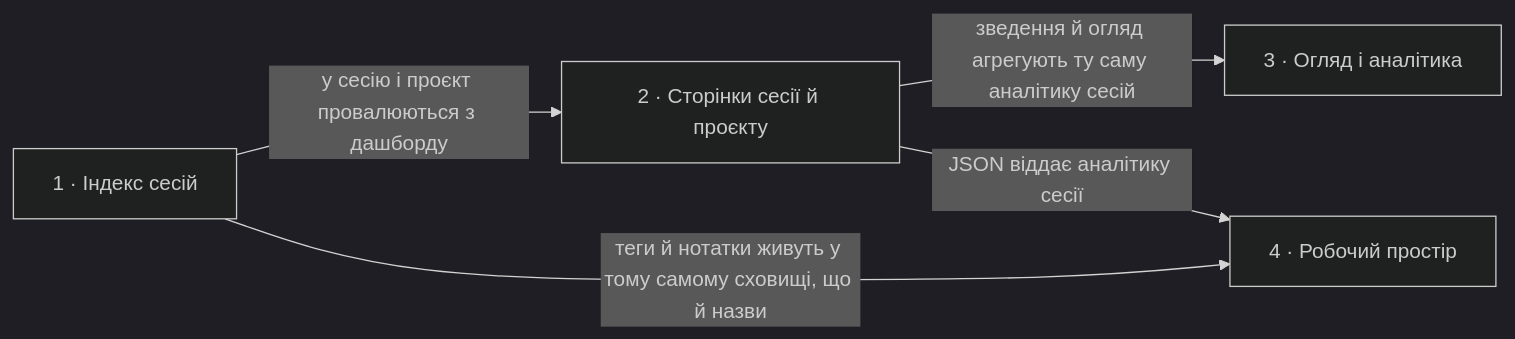
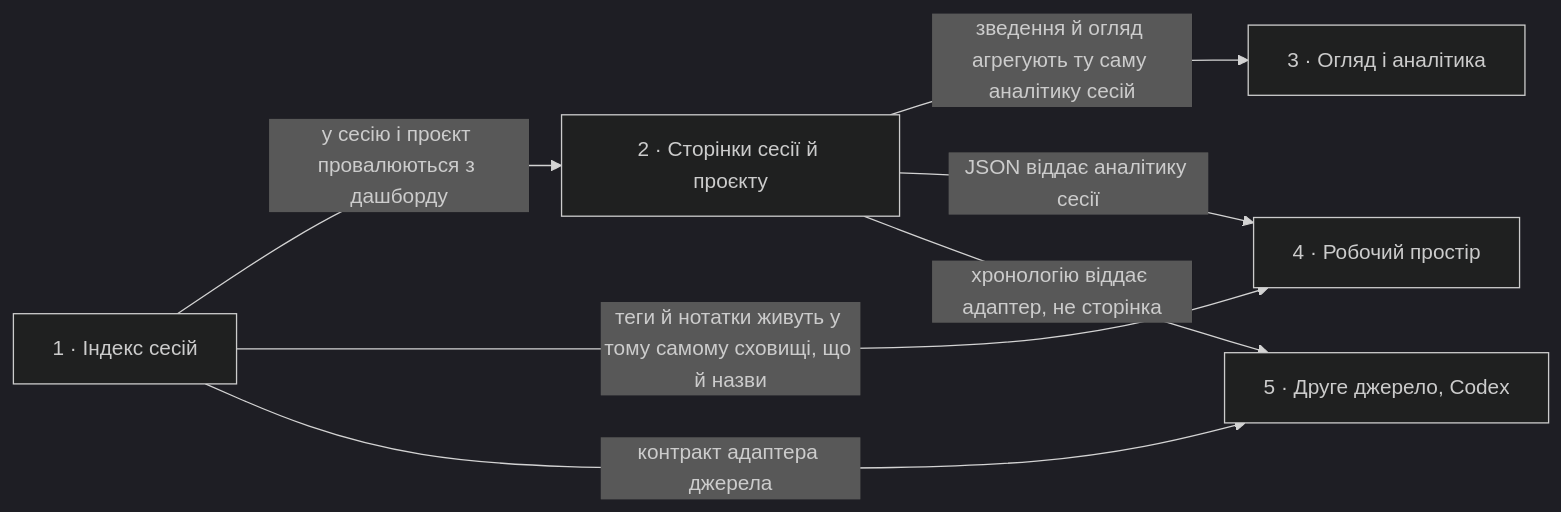
Before and after one commit to edlyashenko/test-repo: the diagram in docs/roadmap.md, drawn with Mermaid (dark theme). The commit also changed other lines of this file and 9 other files, not shown here.

First line of the commit message:
adr: general decisions; roadmap and brief synced

````diff
--- a/docs/roadmap.md
+++ b/docs/roadmap.md
@@ -71,7 +71,9 @@
 ```mermaid
 flowchart LR
   s1["1 · Індекс сесій"] -->|у сесію і проєкт провалюються з дашборду| s2["2 · Сторінки сесії й проєкту"]
   s2 -->|зведення й огляд агрегують ту саму аналітику сесій| s3["3 · Огляд і аналітика"]
   s1 -->|теги й нотатки живуть у тому самому сховищі, що й назви| s4["4 · Робочий простір"]
   s2 -->|JSON віддає аналітику сесії| s4
+  s1 -->|контракт адаптера джерела| s5["5 · Друге джерело, Codex"]
+  s2 -->|хронологію віддає адаптер, не сторінка| s5
 ```
````
